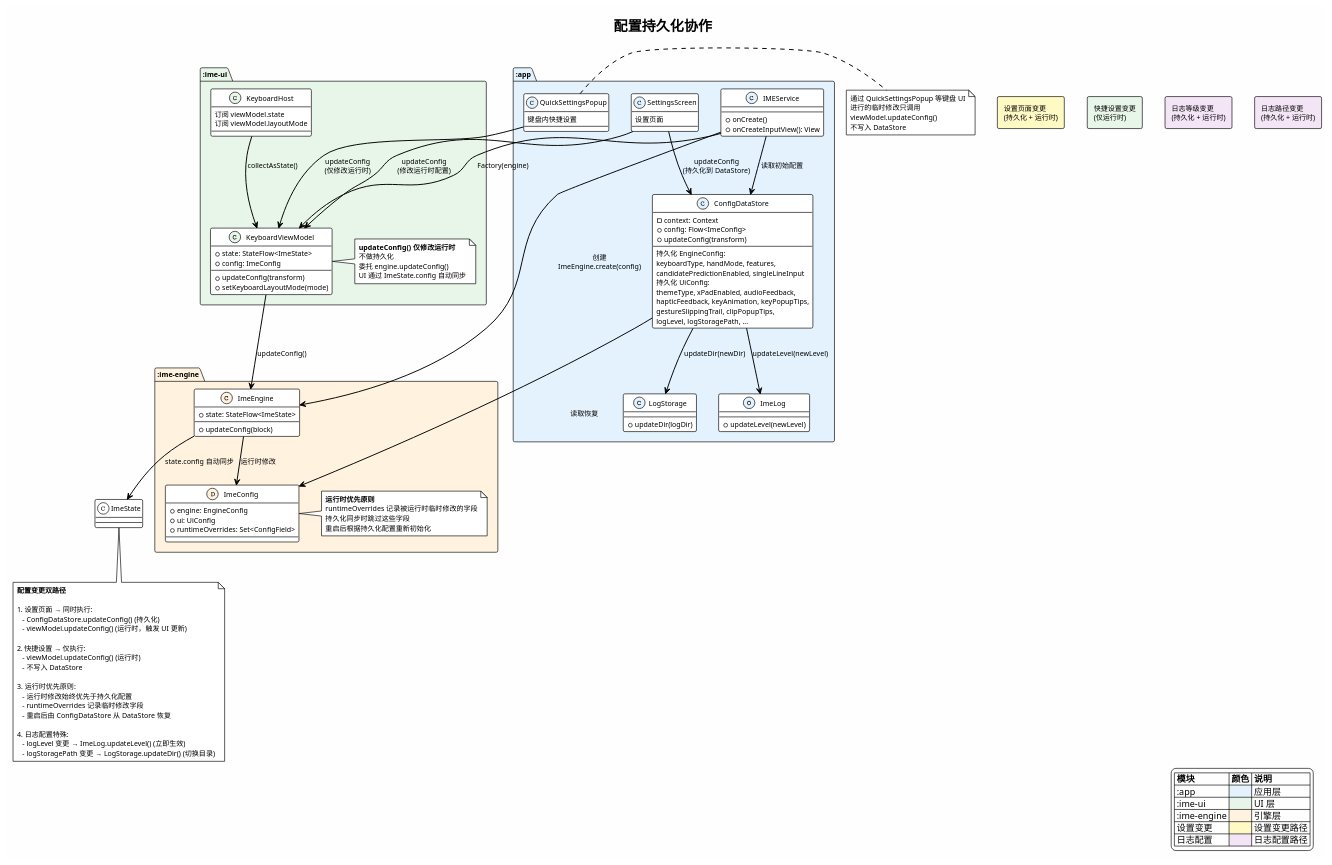
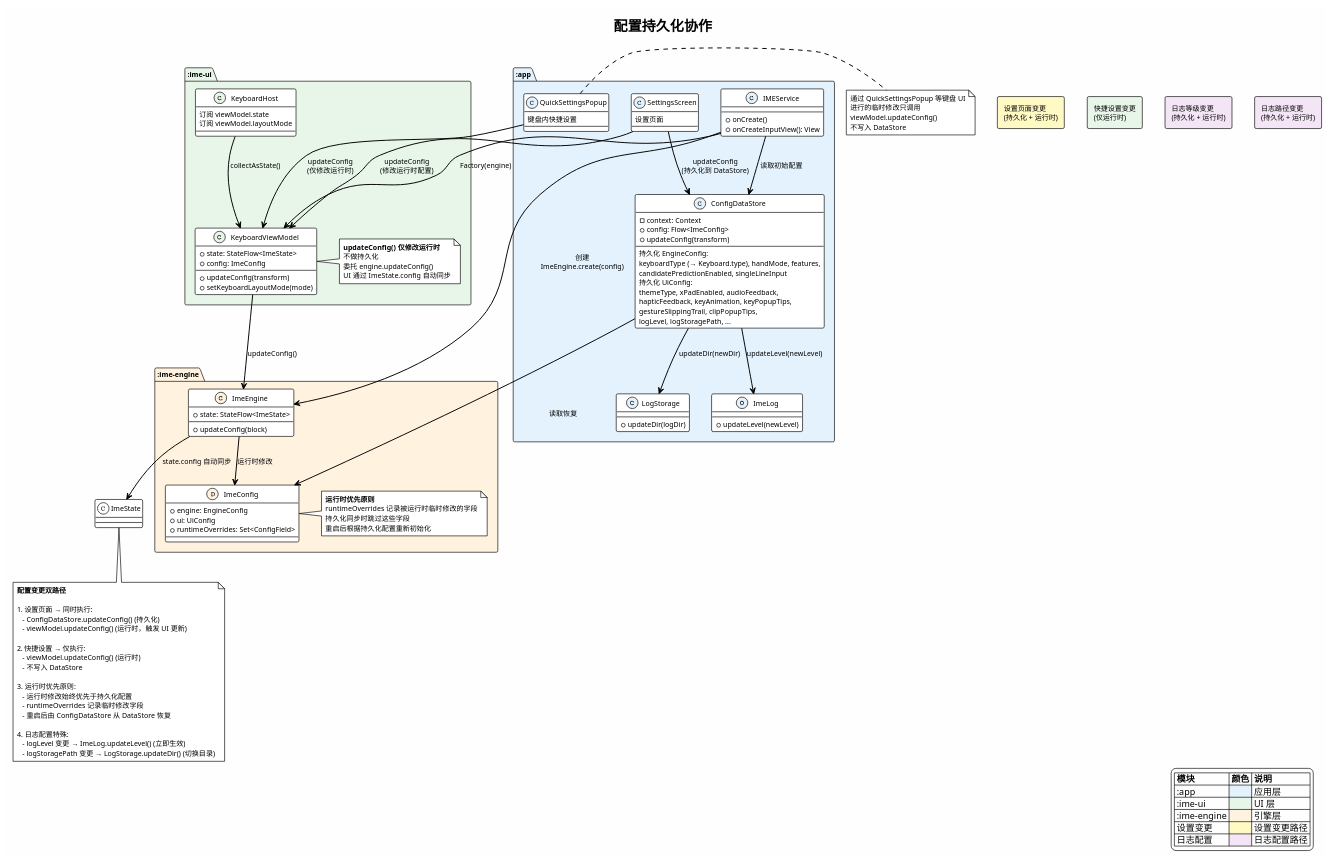
Before and after one commit to crazydan-studio/kuaizi-ime-android: the diagram in docs/ai-agent/v4/design/diagrams/app-config-persistence.puml, drawn with PlantUML. The commit also changed 16 other files, not shown here.

Commit message:
refactor: 定义 KeyboardIntentHandler 替换 sealed class Keyboard，将 KeyboardType/InputMode/State 绑定到 Keyboard data class，更新 ImeState 和所有相关文档

```diff
--- a/docs/ai-agent/v4/design/diagrams/app-config-persistence.puml
+++ b/docs/ai-agent/v4/design/diagrams/app-config-persistence.puml
@@ -1,153 +1,153 @@
 @startuml app-config-persistence
 allowmixing
 !theme plain
 skinparam backgroundColor #FEFEFE
 skinparam defaultFontSize 11
 skinparam arrowThickness 1.5
 
 title 配置持久化协作
 
 legend right
   |= 模块 |= 颜色 |= 说明 |
   | :app | <#E3F2FD> | 应用层 |
   | :ime-ui | <#E8F5E9> | UI 层 |
   | :ime-engine | <#FFF3E0> | 引擎层 |
   | 设置变更 | <#FFF9C4> | 设置变更路径 |
   | 日志配置 | <#F3E5F5> | 日志配置路径 |
 endlegend
 
 ' ===== :ime-engine =====
 package ":ime-engine" #FFF3E0 {
   class ImeConfig <<(D,#FFF3E0)>> {
     + engine: EngineConfig
     + ui: UiConfig
     + runtimeOverrides: Set<ConfigField>
   }
   class ImeEngine <<(C,#FFF3E0)>> {
     + updateConfig(block)
     + state: StateFlow<ImeState>
   }
   note right of ImeConfig
     **运行时优先原则**
     runtimeOverrides 记录被运行时临时修改的字段
     持久化同步时跳过这些字段
     重启后根据持久化配置重新初始化
   end note
 }
 
 ' ===== :ime-ui =====
 package ":ime-ui" #E8F5E9 {
   class KeyboardViewModel <<(C,#E8F5E9)>> {
     + state: StateFlow<ImeState>
     + config: ImeConfig
     + updateConfig(transform)
     + setKeyboardLayoutMode(mode)
   }
   class KeyboardHost <<(C,#E8F5E9)>> {
     订阅 viewModel.state
     订阅 viewModel.layoutMode
   }
   note right of KeyboardViewModel
     **updateConfig() 仅修改运行时**
     不做持久化
     委托 engine.updateConfig()
     UI 通过 ImeState.config 自动同步
   end note
 }
 
 ' ===== :app =====
 package ":app" #E3F2FD {
   class ConfigDataStore <<(C,#E3F2FD)>> {
     - context: Context
     + config: Flow<ImeConfig>
     + updateConfig(transform)
     --
     持久化 EngineConfig:
-      keyboardType, handMode, features,
+      keyboardType (→ Keyboard.type), handMode, features,
       candidatePredictionEnabled, singleLineInput
     持久化 UiConfig:
       themeType, xPadEnabled, audioFeedback,
       hapticFeedback, keyAnimation, keyPopupTips,
       gestureSlippingTrail, clipPopupTips,
       logLevel, logStoragePath, ...
   }
   class IMEService <<(C,#E3F2FD)>> {
     + onCreate()
     + onCreateInputView(): View
   }
   class SettingsScreen <<(C,#E3F2FD)>> {
     设置页面
   }
   class QuickSettingsPopup <<(C,#E3F2FD)>> {
     键盘内快捷设置
   }
   class ImeLog <<(O,#E3F2FD)>> {
     + updateLevel(newLevel)
   }
   class LogStorage <<(C,#E3F2FD)>> {
     + updateDir(logDir)
   }
 }
 
 ' ===== 配置变更双路径 =====
 
 rectangle "设置页面变更\n(持久化 + 运行时)" #FFF9C4 {
   SettingsScreen --> ConfigDataStore : updateConfig\n(持久化到 DataStore)
   SettingsScreen --> KeyboardViewModel : updateConfig\n(修改运行时配置)
 }
 
 rectangle "快捷设置变更\n(仅运行时)" #E8F5E9 {
   QuickSettingsPopup --> KeyboardViewModel : updateConfig\n(仅修改运行时)
 }
 
 note right of QuickSettingsPopup
   通过 QuickSettingsPopup 等键盘 UI
   进行的临时修改只调用
   viewModel.updateConfig()
   不写入 DataStore
 end note
 
 ' ===== 协作关系 =====
 IMEService --> ImeEngine : 创建\nImeEngine.create(config)
 IMEService --> KeyboardViewModel : Factory(engine)
 IMEService --> ConfigDataStore : 读取初始配置
 
 KeyboardViewModel --> ImeEngine : updateConfig()
 ImeEngine --> ImeConfig : 运行时修改
 ImeEngine --> ImeState : state.config 自动同步
 
 ConfigDataStore --> ImeConfig : 读取恢复
 KeyboardHost --> KeyboardViewModel : collectAsState()
 
 ' ===== 日志配置特殊路径 =====
 rectangle "日志等级变更\n(持久化 + 运行时)" #F3E5F5 {
   ConfigDataStore --> ImeLog : updateLevel(newLevel)
 }
 
 rectangle "日志路径变更\n(持久化 + 运行时)" #F3E5F5 {
   ConfigDataStore --> LogStorage : updateDir(newDir)
 }
 
 ' ===== 流程说明 =====
 note bottom
   **配置变更双路径**
 
   1. 设置页面 → 同时执行:
      - ConfigDataStore.updateConfig() (持久化)
      - viewModel.updateConfig() (运行时，触发 UI 更新)
 
   2. 快捷设置 → 仅执行:
      - viewModel.updateConfig() (运行时)
      - 不写入 DataStore
 
   3. 运行时优先原则:
      - 运行时修改始终优先于持久化配置
      - runtimeOverrides 记录临时修改字段
      - 重启后由 ConfigDataStore 从 DataStore 恢复
 
   4. 日志配置特殊:
      - logLevel 变更 → ImeLog.updateLevel() (立即生效)
      - logStoragePath 变更 → LogStorage.updateDir() (切换目录)
 end note
 
 @enduml
```
